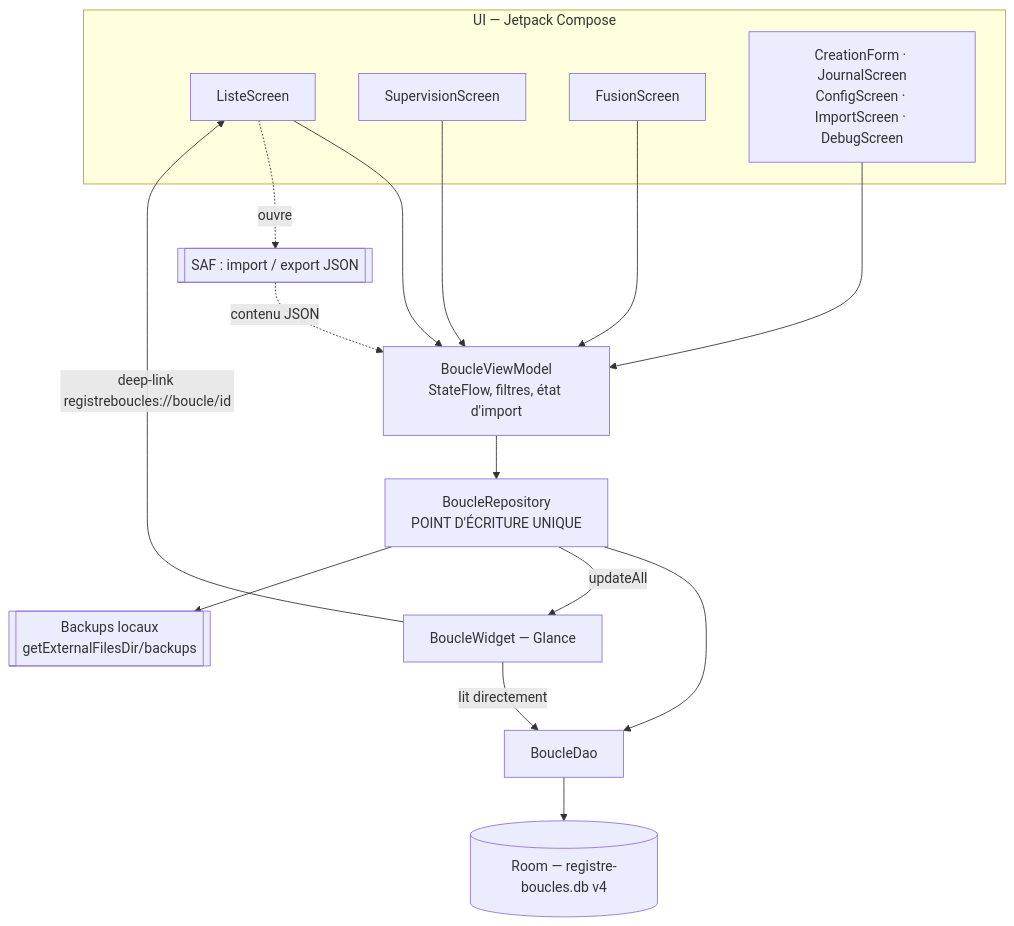
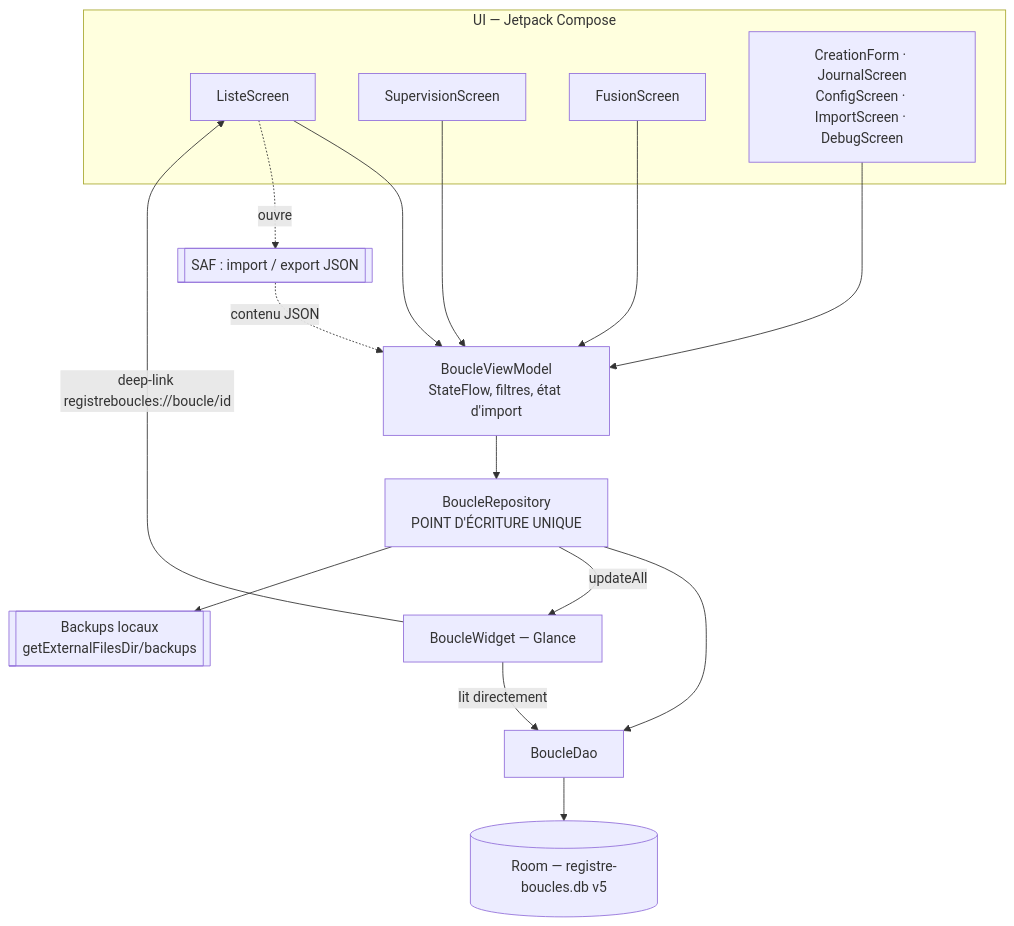
One commit to tikazor/registre-boucles-android changed the diagram in docs/explanation/architecture.md. Above: the diagram before and after it, drawn with Mermaid. The commit also changed other lines of this file and 6 other files, not shown here.

````diff
--- a/docs/explanation/architecture.md
+++ b/docs/explanation/architecture.md
@@ -19,31 +19,31 @@
 ```mermaid
 flowchart TD
     subgraph UI["UI — Jetpack Compose"]
         L[ListeScreen]
         SUP[SupervisionScreen]
         FUS[FusionScreen]
         AUTRES["CreationForm · JournalScreen<br/>ConfigScreen · ImportScreen · DebugScreen"]
     end
 
     VM[BoucleViewModel<br/>StateFlow, filtres, état d'import]
     REPO[BoucleRepository<br/>POINT D'ÉCRITURE UNIQUE]
     DAO[BoucleDao]
-    DB[(Room — registre-boucles.db v4)]
+    DB[(Room — registre-boucles.db v5)]
 
     W[BoucleWidget — Glance]
     SAF[[SAF : import / export JSON]]
     BK[[Backups locaux<br/>getExternalFilesDir/backups]]
 
     L --> VM
     SUP --> VM
     FUS --> VM
     AUTRES --> VM
     VM --> REPO
     REPO --> DAO --> DB
     REPO -- updateAll --> W
     W -- lit directement --> DAO
     W -- deep-link registreboucles://boucle/id --> L
     REPO --> BK
     L -. ouvre .-> SAF
     SAF -. contenu JSON .-> VM
 ```
````
